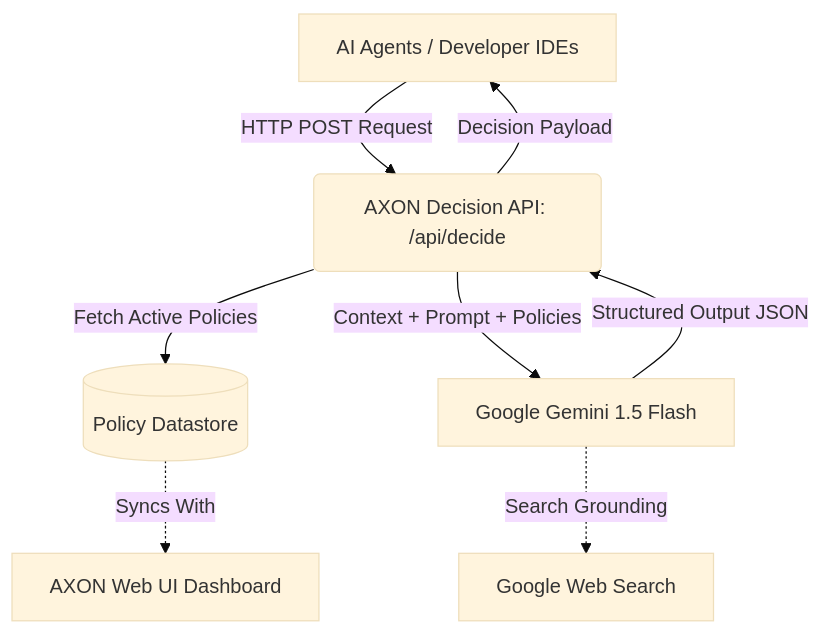
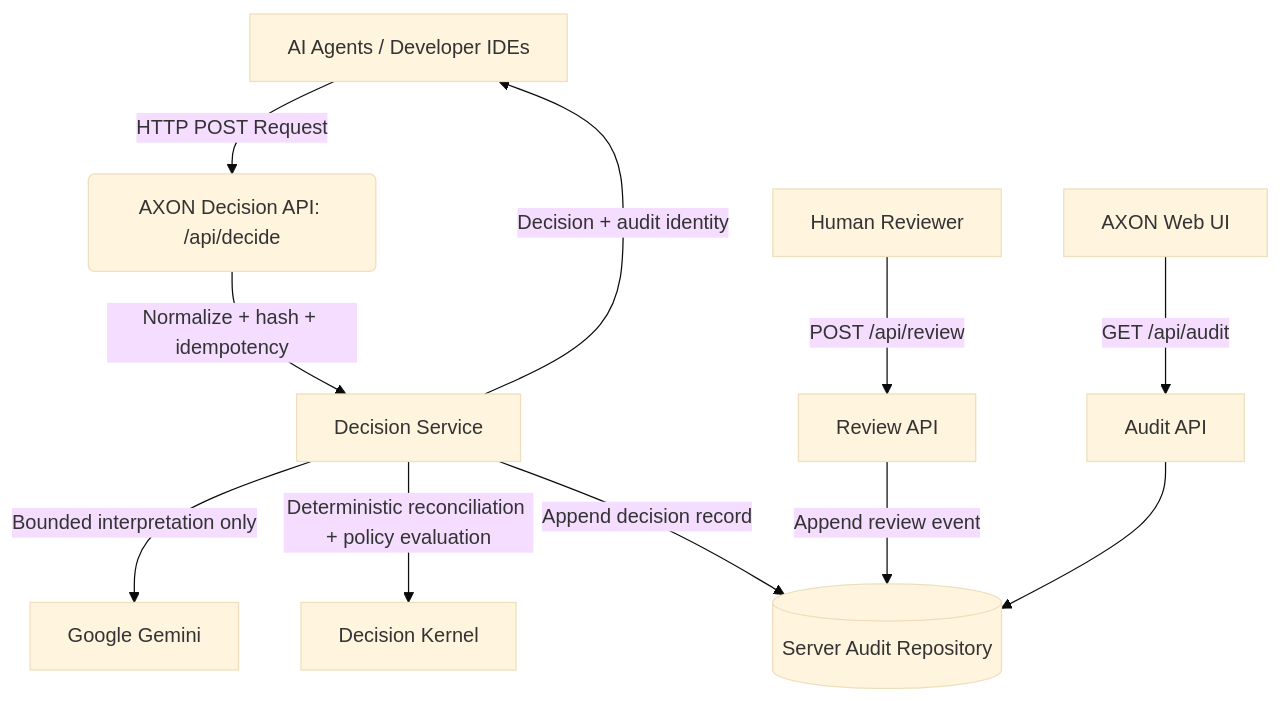
The diagram in docs/architecture.md (obadadallo95/AXON-Decision-Engine), drawn with Mermaid (base theme) before and after one commit. The commit also changed other lines of this file and 22 other files, not shown here.

Commit message:
Add server-owned audit and review trail

````diff
--- a/docs/architecture.md
+++ b/docs/architecture.md
@@ -7,10 +7,13 @@
 ```mermaid
 graph TD
     A[AI Agents / Developer IDEs] -->|HTTP POST Request| B(AXON Decision API: /api/decide)
-    B -->|Fetch Active Policies| C[(Policy Datastore)]
-    B -->|Context + Prompt + Policies| D[Google Gemini 1.5 Flash]
-    D -.->|Search Grounding| E[Google Web Search]
-    D -->|Structured Output JSON| B
-    B -->|Decision Payload| A
-    C -.->|Syncs With| F[AXON Web UI Dashboard]
+    B -->|Normalize + hash + idempotency| C[Decision Service]
+    C -->|Bounded interpretation only| D[Google Gemini]
+    C -->|Deterministic reconciliation + policy evaluation| E[Decision Kernel]
+    C -->|Append decision record| F[(Server Audit Repository)]
+    G[Human Reviewer] -->|POST /api/review| H[Review API]
+    H -->|Append review event| F
+    I[AXON Web UI] -->|GET /api/audit| J[Audit API]
+    J --> F
+    C -->|Decision + audit identity| A
 ```
````
